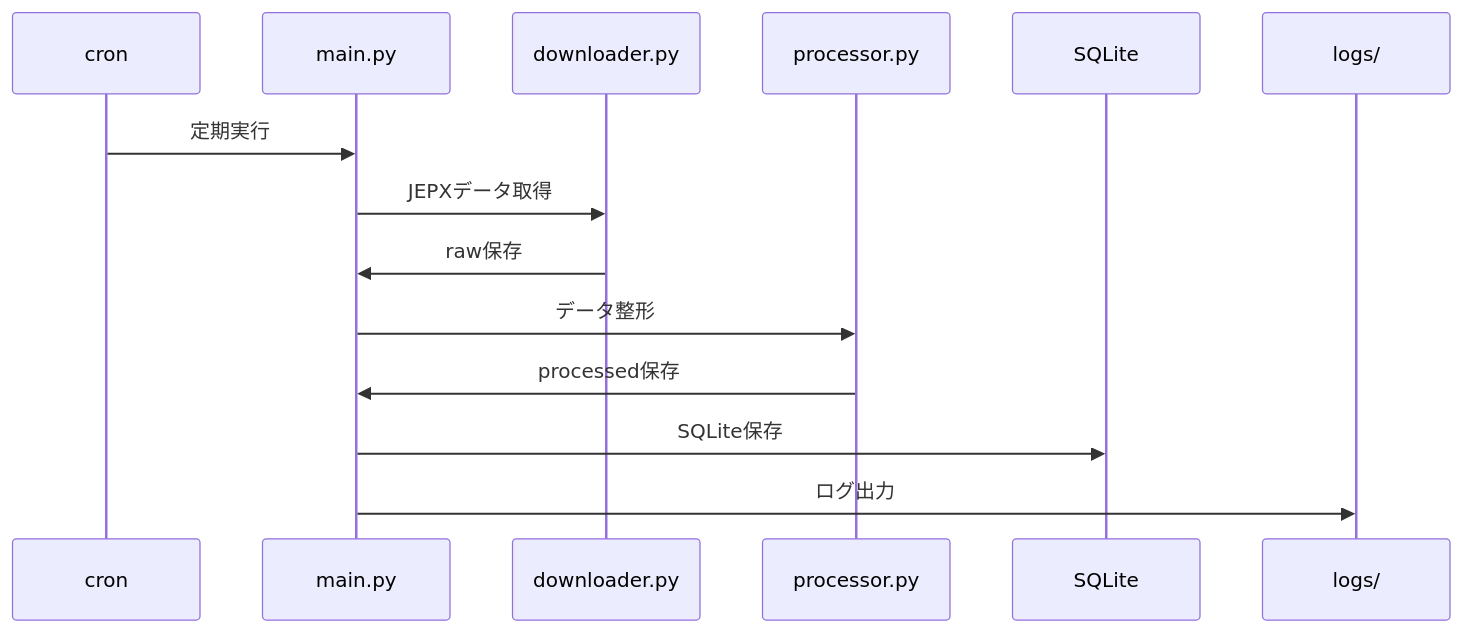
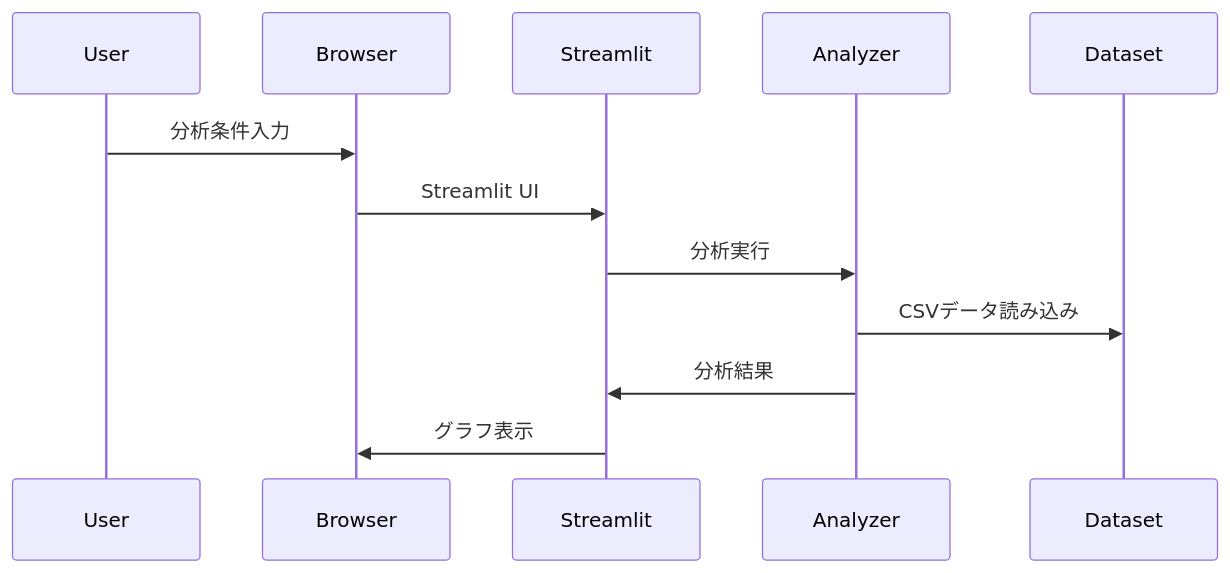
One commit to banzai80311315/jepx-data-analytics-platform changed the sixth of 9 diagrams in README.md. Above: the diagram before and after it, drawn with Mermaid. The commit also changed other lines of this file, not shown here.

````diff
--- a/README.md
+++ b/README.md
@@ -210,17 +202,15 @@
 ```mermaid
 sequenceDiagram
-    participant C as cron
-    participant M as main.py
-    participant D as downloader.py
-    participant P as processor.py
-    participant DB as SQLite
-    participant LOG as logs/
+    participant U as User
+    participant B as Browser
+    participant S as Streamlit
+    participant A as Analyzer
+    participant D as Dataset
 
-    C->>M: 定期実行
-    M->>D: JEPXデータ取得
-    D->>M: raw保存
-    M->>P: データ整形
-    P->>M: processed保存
-    M->>DB: SQLite保存
-    M->>LOG: ログ出力
+    U->>B: 分析条件入力
+    B->>S: Streamlit UI
+    S->>A: 分析実行
+    A->>D: CSVデータ読み込み
+    A->>S: 分析結果
+    S->>B: グラフ表示
 ```
````
